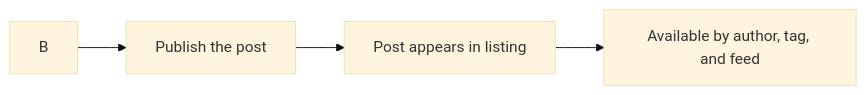
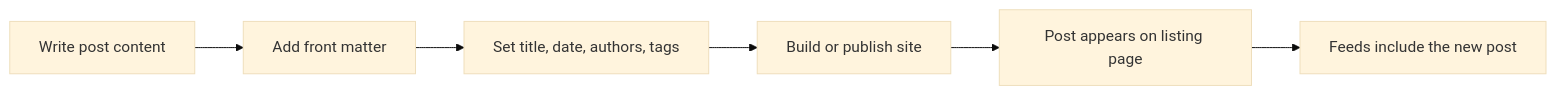
One commit to Mohita111/API2 changed the second of 3 diagrams in api2-documentation/plan_2026-11-02_f8890e/user-facing-docs/blog.md. Above: the diagram before and after it, drawn with Mermaid (base theme). The commit also changed other lines of this file and 13 other files, not shown here.

````diff
--- a/api2-documentation/plan_2026-11-02_f8890e/user-facing-docs/blog.md
+++ b/api2-documentation/plan_2026-11-02_f8890e/user-facing-docs/blog.md
@@ -67,6 +37,8 @@
 ```mermaid
 graph LR
-    B --> C[Publish the post]
-    C --> D[Post appears in listing]
-    D --> E["Available by author, tag, and feed"]
+    A["Write post content"] --> B["Add front matter"]
+    B --> C["Set title, date, authors, tags"]
+    C --> D["Build or publish site"]
+    D --> E["Post appears on listing page"]
+    E --> F["Feeds include the new post"]
 ```
````
